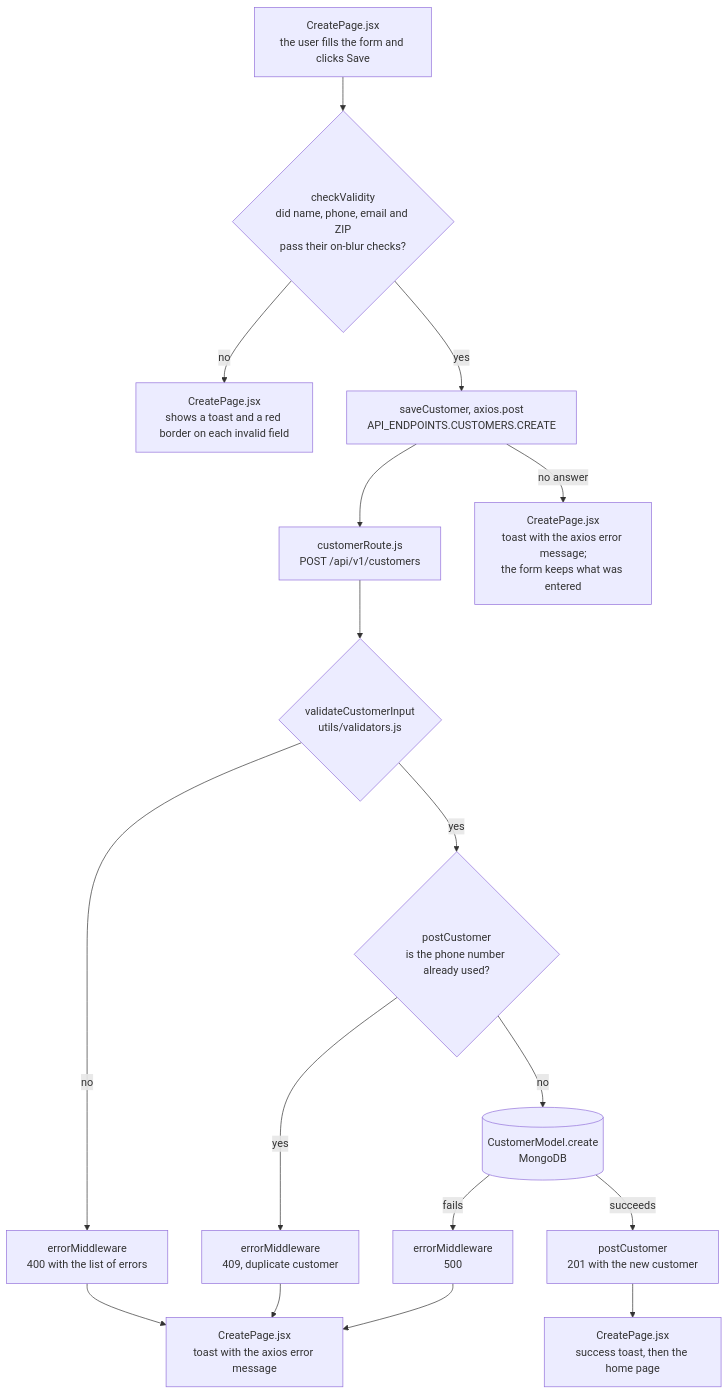
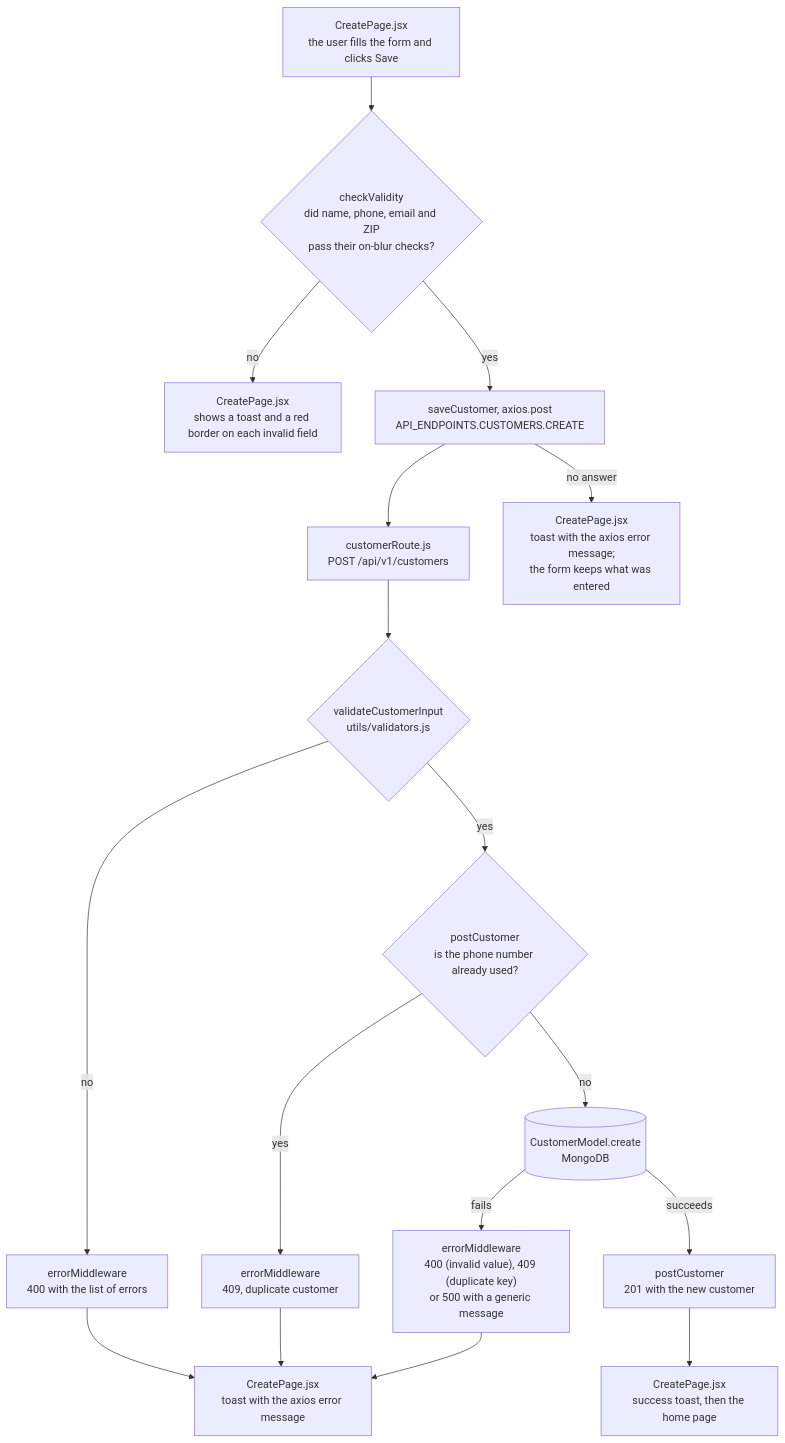
The first of 2 diagrams in Harness_Config/Context/DataFlow.md (MatheusCastro99/InvoiceMe), drawn with Mermaid before and after one commit. The commit also changed other lines of this file and 6 other files, not shown here.

Commit message:
fix: map Mongoose and duplicate-key errors to 4xx and stop leaking 500 messages (#69)

````diff
--- a/Harness_Config/Context/DataFlow.md
+++ b/Harness_Config/Context/DataFlow.md
@@ -9,19 +9,19 @@
 ```mermaid
 flowchart TD
     A["CreatePage.jsx<br/>the user fills the form and clicks Save"] --> B{"checkValidity<br/>did name, phone, email and ZIP<br/>pass their on-blur checks?"}
     B -- "no" --> B1["CreatePage.jsx<br/>shows a toast and a red border on each invalid field"]
     B -- "yes" --> C["saveCustomer, axios.post<br/>API_ENDPOINTS.CUSTOMERS.CREATE"]
     C --> D["customerRoute.js<br/>POST /api/v1/customers"]
     C -- "no answer" --> C1["CreatePage.jsx<br/>toast with the axios error message;<br/>the form keeps what was entered"]
     D --> E{"validateCustomerInput<br/>utils/validators.js"}
     E -- "no" --> E1["errorMiddleware<br/>400 with the list of errors"]
     E -- "yes" --> F{"postCustomer<br/>is the phone number already used?"}
     F -- "yes" --> F1["errorMiddleware<br/>409, duplicate customer"]
     F -- "no" --> G[("CustomerModel.create<br/>MongoDB")]
-    G -- "fails" --> G1["errorMiddleware<br/>500"]
+    G -- "fails" --> G1["errorMiddleware<br/>400 (invalid value), 409 (duplicate key)<br/>or 500 with a generic message"]
     G -- "succeeds" --> H["postCustomer<br/>201 with the new customer"]
     E1 --> I["CreatePage.jsx<br/>toast with the axios error message"]
     F1 --> I
     G1 --> I
     H --> K["CreatePage.jsx<br/>success toast, then the home page"]
 ```
````
